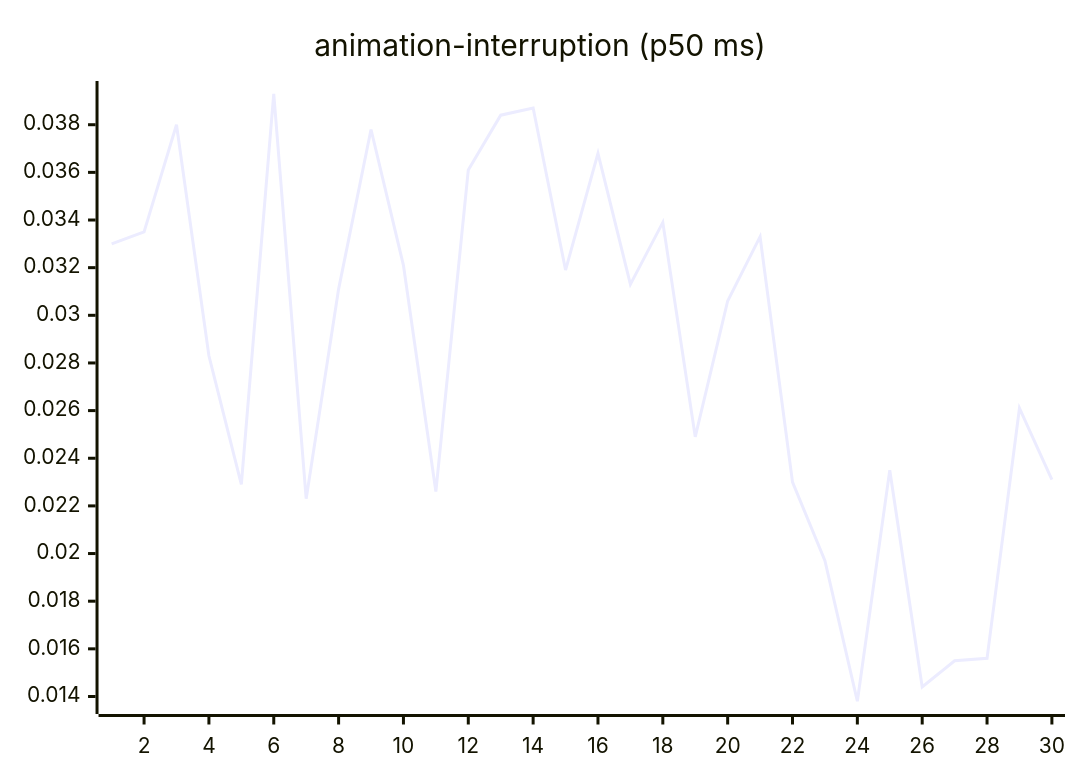
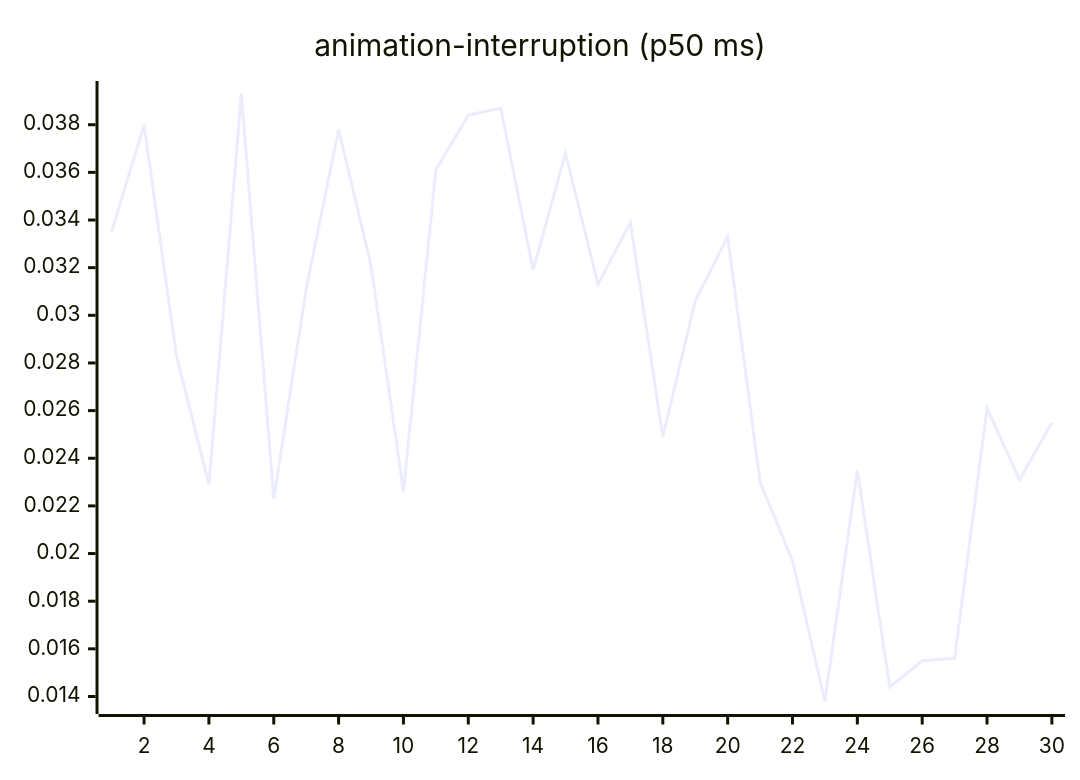
Before and after one commit to josha/Facet: the third of 27 diagrams in README.md, drawn with Mermaid. The commit also changed other lines of this file and 2 other files, not shown here.

````diff
--- a/README.md
+++ b/README.md
@@ -77,6 +77,6 @@
 ```mermaid
 xychart-beta
     title "animation-interruption (p50 ms)"
     x-axis 1 --> 30
-    line [0.0330, 0.0335, 0.0380, 0.0283, 0.0229, 0.0393, 0.0223, 0.0311, 0.0378, 0.0321, 0.0226, 0.0361, 0.0384, 0.0387, 0.0319, 0.0368, 0.0313, 0.0339, 0.0249, 0.0306, 0.0333, 0.0230, 0.0197, 0.0138, 0.0235, 0.0144, 0.0155, 0.0156, 0.0261, 0.0231]
+    line [0.0335, 0.0380, 0.0283, 0.0229, 0.0393, 0.0223, 0.0311, 0.0378, 0.0321, 0.0226, 0.0361, 0.0384, 0.0387, 0.0319, 0.0368, 0.0313, 0.0339, 0.0249, 0.0306, 0.0333, 0.0230, 0.0197, 0.0138, 0.0235, 0.0144, 0.0155, 0.0156, 0.0261, 0.0231, 0.0255]
 ```
````
